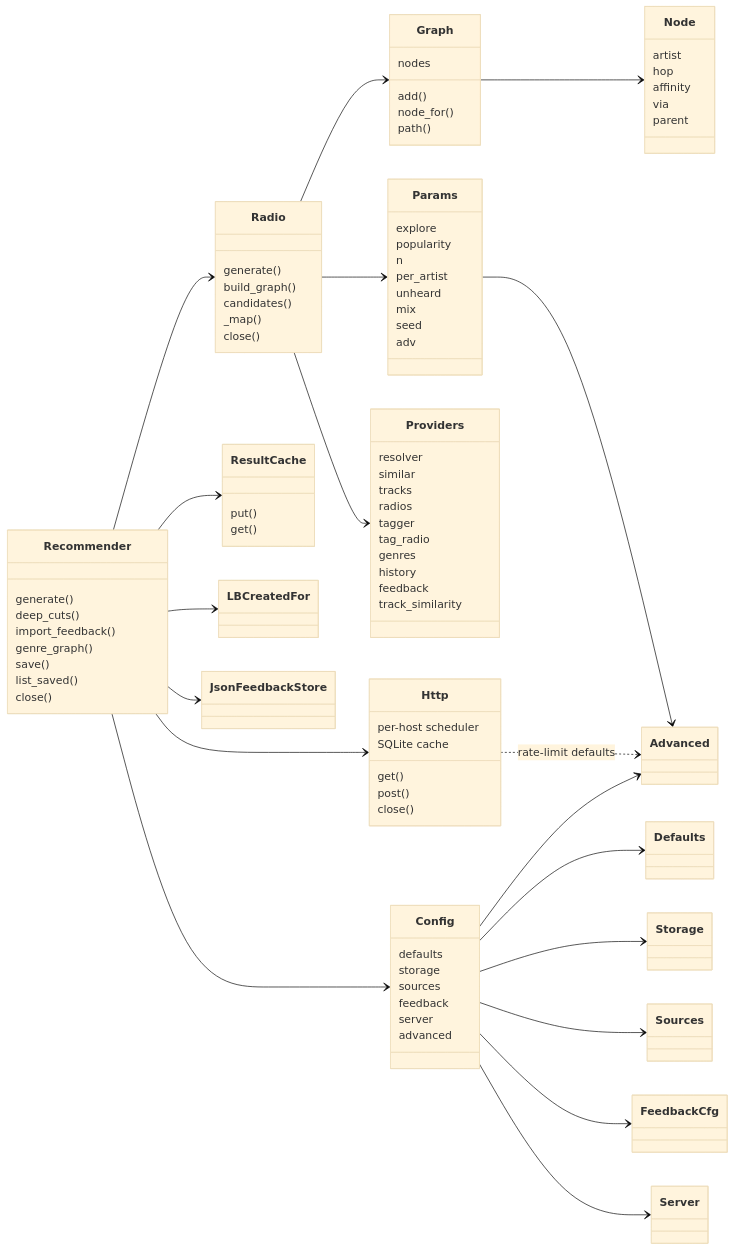
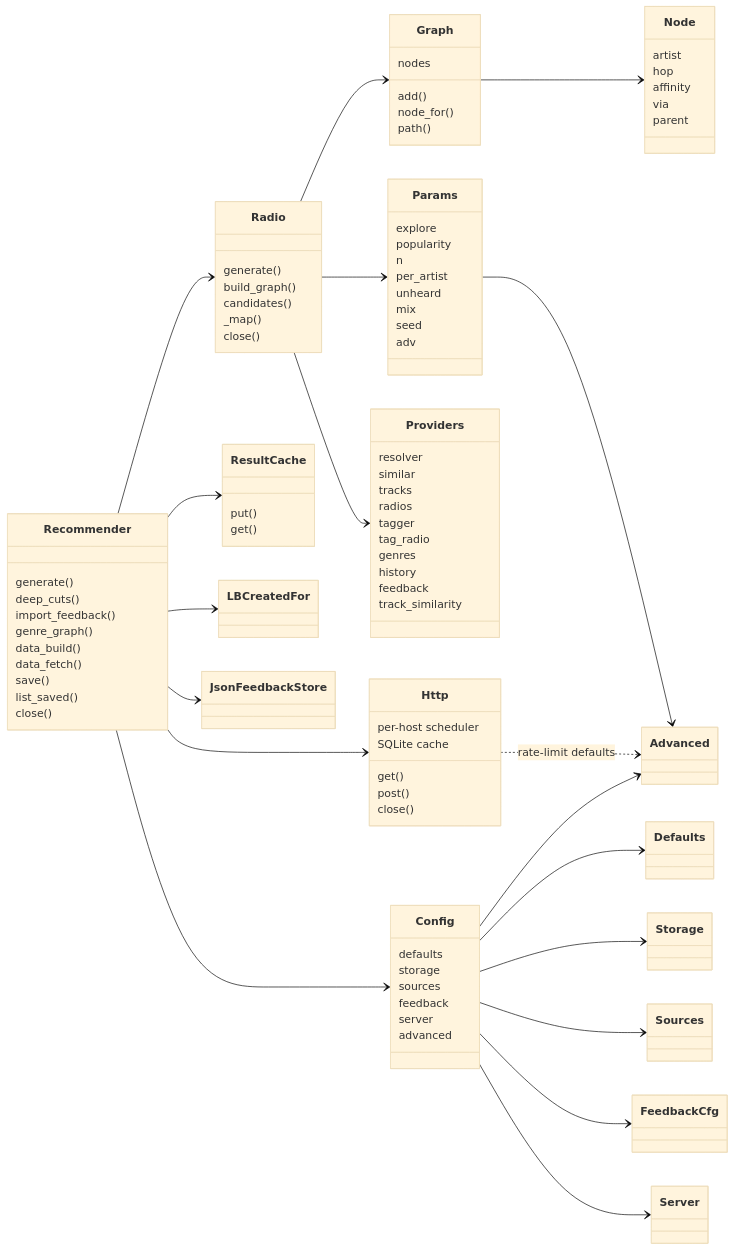
The second of 2 diagrams in docs/classes.md (Goober-nation/Post-Radio), drawn with Mermaid (base theme) before and after one commit. The commit also changed other lines of this file and 15 other files, not shown here.

First line of the commit message:
Data build and fetch commands

```diff
--- a/docs/classes.md
+++ b/docs/classes.md
@@ -191,6 +193,8 @@
         deep_cuts()
         import_feedback()
         genre_graph()
+        data_build()
+        data_fetch()
         save()
         list_saved()
         close()
```
